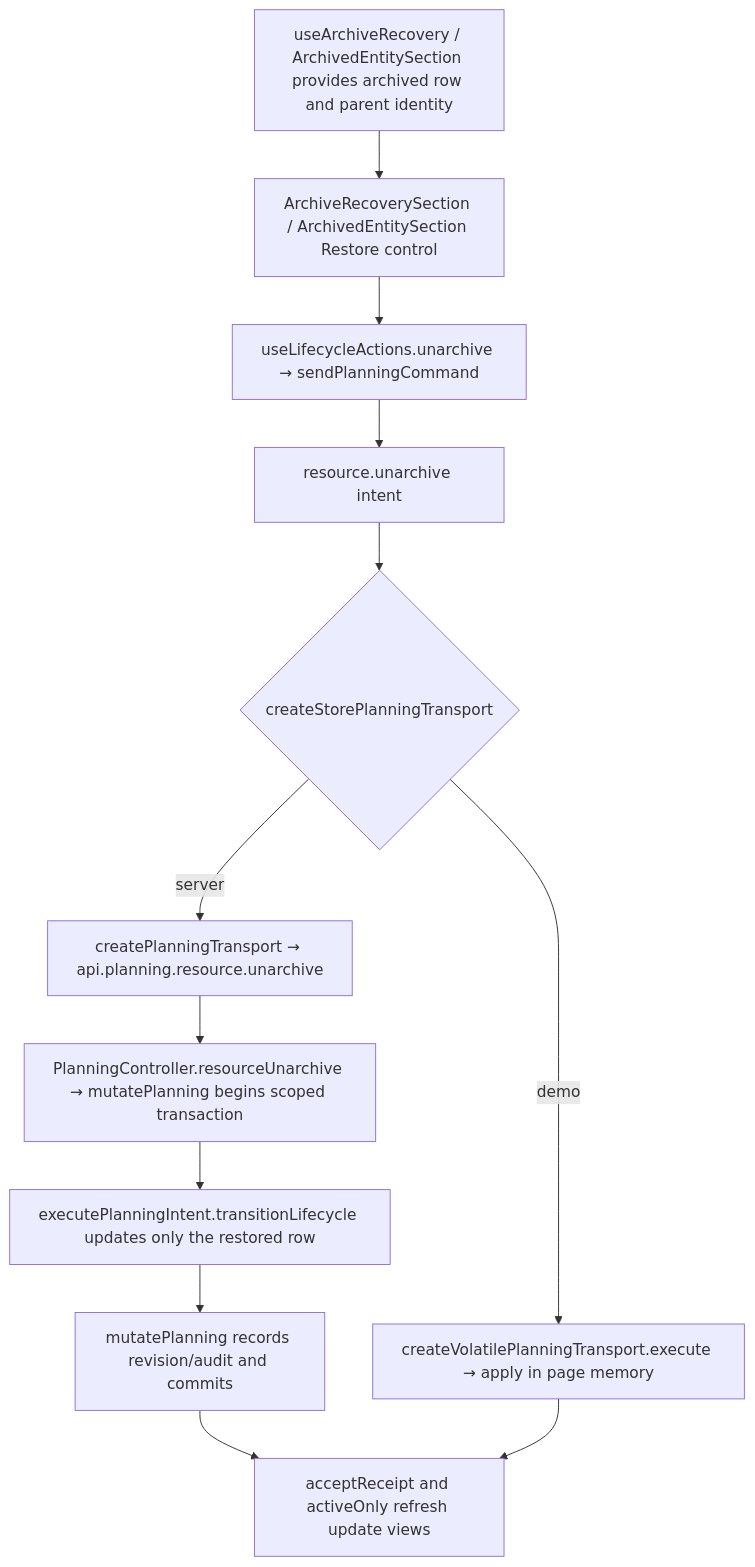
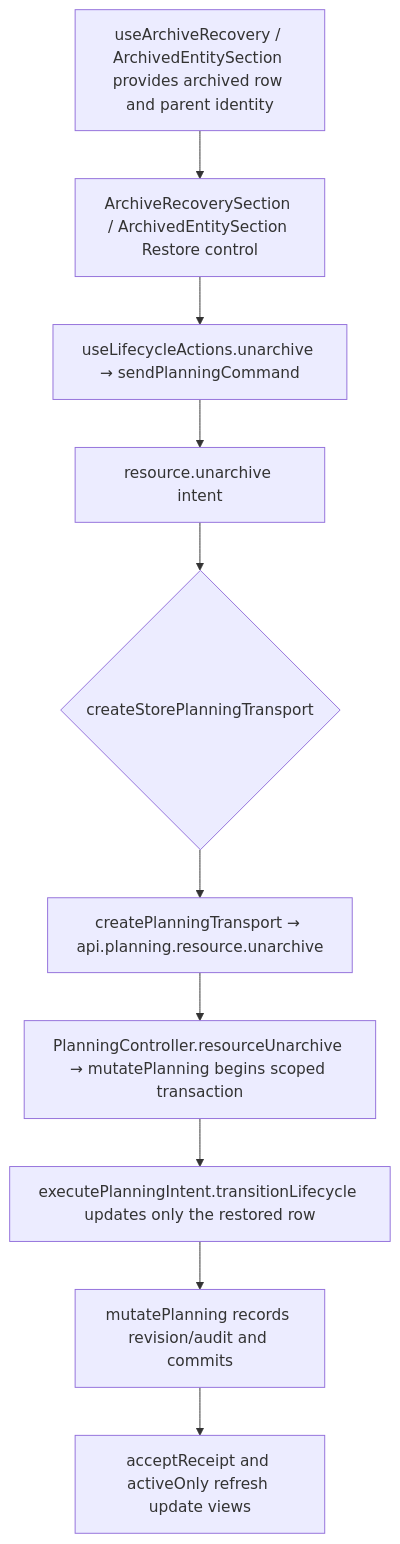
The second of 2 diagrams in user-stories/resources/US-RES-13-restore-resource.md (Kevinjohn/capacitylens), drawn with Mermaid before and after one commit. The commit also changed other lines of this file and 343 other files, not shown here.

Commit message:
feat: use server-owned company planning and a disposable development demo

````diff
--- a/user-stories/resources/US-RES-13-restore-resource.md
+++ b/user-stories/resources/US-RES-13-restore-resource.md
@@ -28,9 +28,8 @@
 ```mermaid
 flowchart TD
   A["useArchiveRecovery / ArchivedEntitySection provides archived row and parent identity"] --> B["ArchiveRecoverySection / ArchivedEntitySection Restore control"]
   B --> C["useLifecycleActions.unarchive → sendPlanningCommand"] --> D["resource.unarchive intent"]
   D --> E{"createStorePlanningTransport"}
-  E -->|server| F["createPlanningTransport → api.planning.resource.unarchive"] --> G["PlanningController.resourceUnarchive → mutatePlanning begins scoped transaction"]
+  E --> F["createPlanningTransport → api.planning.resource.unarchive"] --> G["PlanningController.resourceUnarchive → mutatePlanning begins scoped transaction"]
   G --> H["executePlanningIntent.transitionLifecycle updates only the restored row"] --> K["mutatePlanning records revision/audit and commits"] --> J["acceptReceipt and activeOnly refresh update views"]
-  E -->|demo| I["createVolatilePlanningTransport.execute → apply in page memory"] --> J
 ```
````
